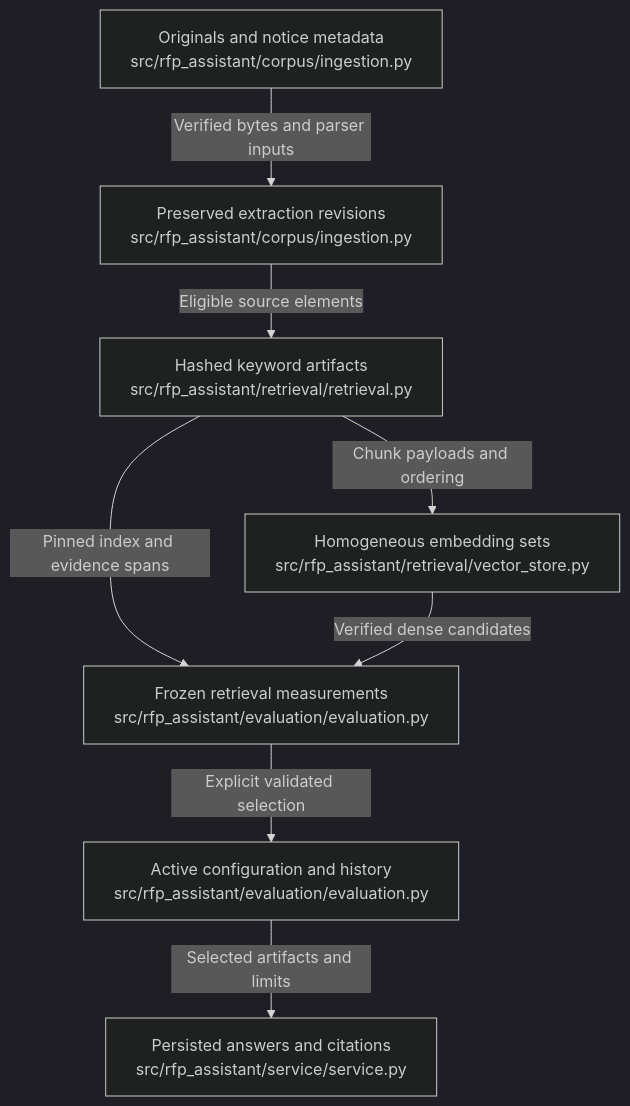
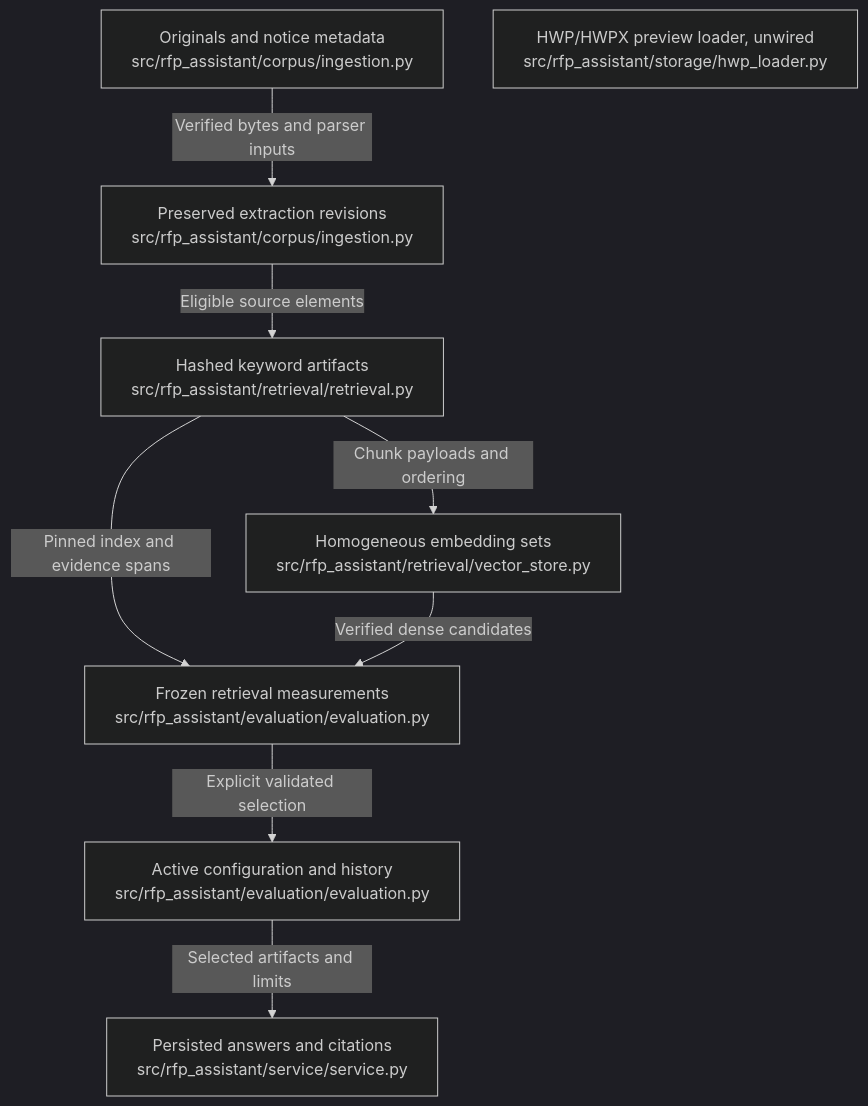
Before and after one commit to littleeeeebit/project-codeit-mid: the diagram in .omm/data-flow/diagram.mmd, drawn with Mermaid (dark theme). The commit also changed 15 other files, not shown here.

First line of the commit message:
Add read-only HWP/HWPX preview loader and dependency pins (#30)

```diff
--- a/.omm/data-flow/diagram.mmd
+++ b/.omm/data-flow/diagram.mmd
@@ -1,8 +1,9 @@
 graph TD
 originals["Originals and notice metadata\nsrc/rfp_assistant/corpus/ingestion.py"] -->|Verified bytes and parser inputs| extraction["Preserved extraction revisions\nsrc/rfp_assistant/corpus/ingestion.py"]
 extraction -->|Eligible source elements| keyword["Hashed keyword artifacts\nsrc/rfp_assistant/retrieval/retrieval.py"]
 keyword -->|Chunk payloads and ordering| vectors["Homogeneous embedding sets\nsrc/rfp_assistant/retrieval/vector_store.py"]
 keyword -->|Pinned index and evidence spans| measurements["Frozen retrieval measurements\nsrc/rfp_assistant/evaluation/evaluation.py"]
 vectors -->|Verified dense candidates| measurements
 measurements -->|Explicit validated selection| activation["Active configuration and history\nsrc/rfp_assistant/evaluation/evaluation.py"]
 activation -->|Selected artifacts and limits| requests["Persisted answers and citations\nsrc/rfp_assistant/service/service.py"]
+preview["HWP/HWPX preview loader, unwired\nsrc/rfp_assistant/storage/hwp_loader.py"]
```
